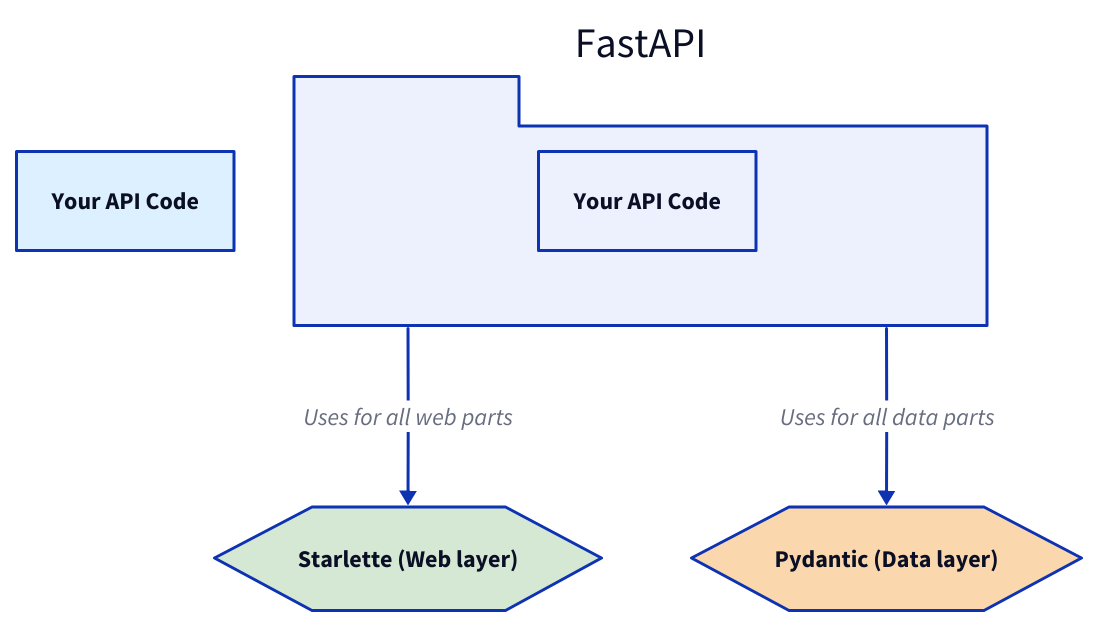
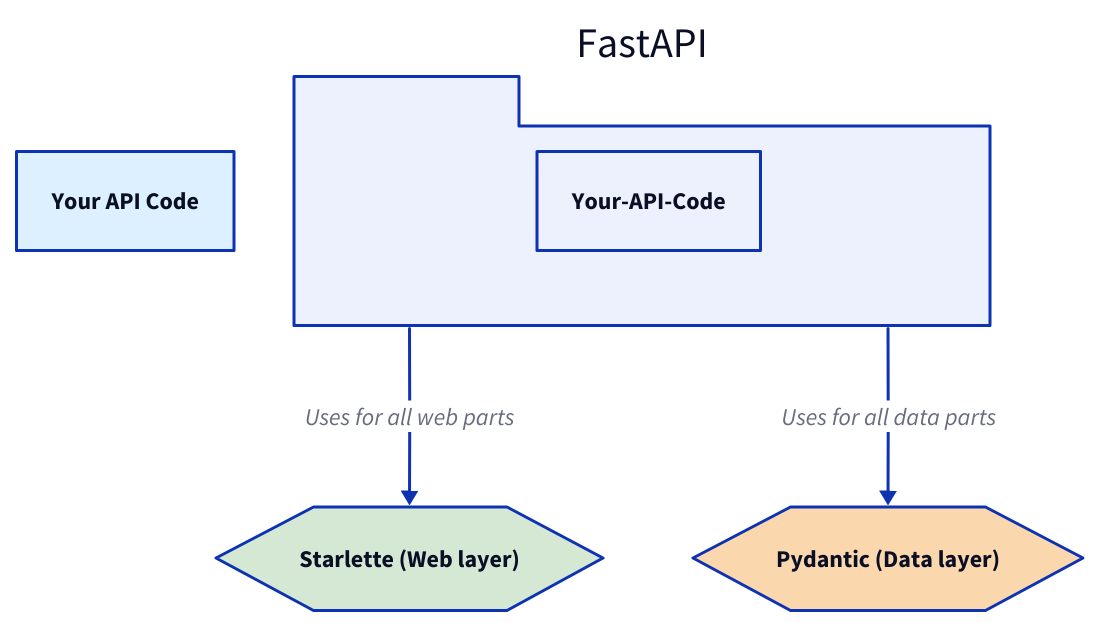
Before and after one commit to lban2049/fastapi: the diagram in .aigne/doc-smith/docs/overview.md, drawn with D2. The commit also changed 40 other files, not shown here.

````diff
--- a/.aigne/doc-smith/docs/overview.md
+++ b/.aigne/doc-smith/docs/overview.md
@@ -39,29 +39,30 @@
 ```d2
 direction: down
 
-"Your API Code": {
+"Your-API-Code": {
+  label: "Your API Code"
   shape: rectangle
   style.fill: "#DDF0FF"
 }
 
-"FastAPI": {
+FastAPI: {
   shape: package
-  "Your API Code"
+  "Your-API-Code"
 }
 
-"Starlette": {
+Starlette: {
   shape: hexagon
   label: "Starlette (Web layer)"
   style.fill: "#D5E8D4"
 }
 
-"Pydantic": {
+Pydantic: {
   shape: hexagon
   label: "Pydantic (Data layer)"
   style.fill: "#FAD7AC"
 }
 
-"FastAPI" -> "Starlette": "Uses for all web parts"
-"FastAPI" -> "Pydantic": "Uses for all data parts"
+FastAPI -> Starlette: "Uses for all web parts"
+FastAPI -> Pydantic: "Uses for all data parts"
 
 ```
````
